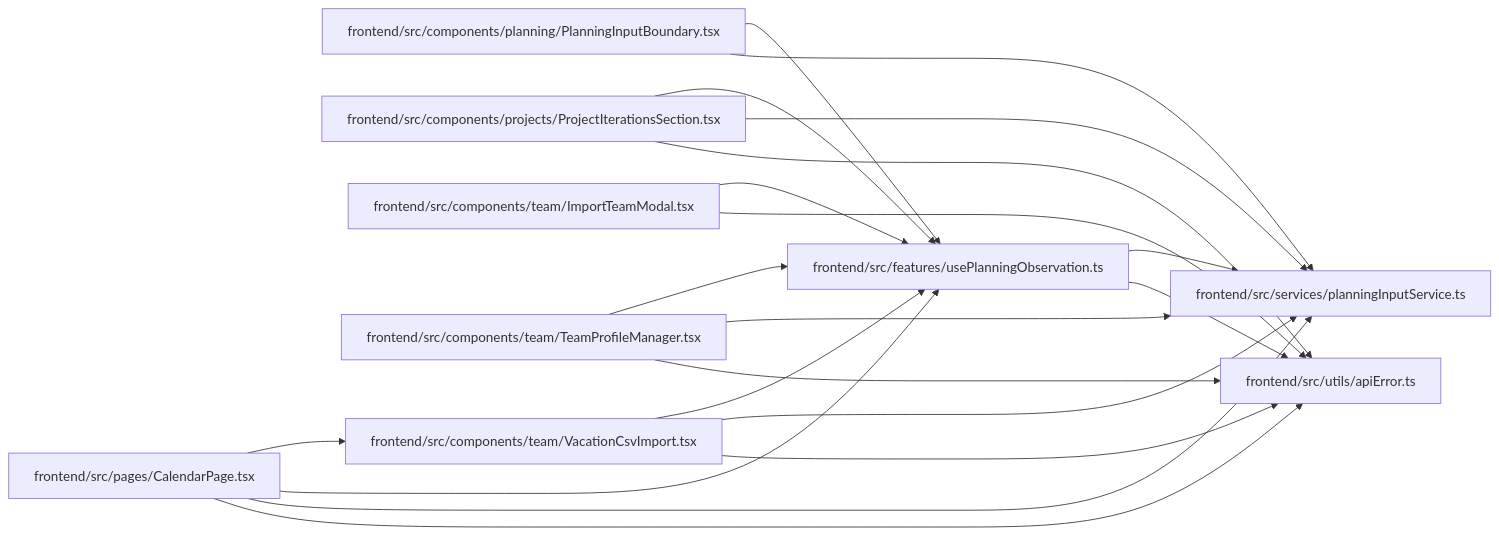
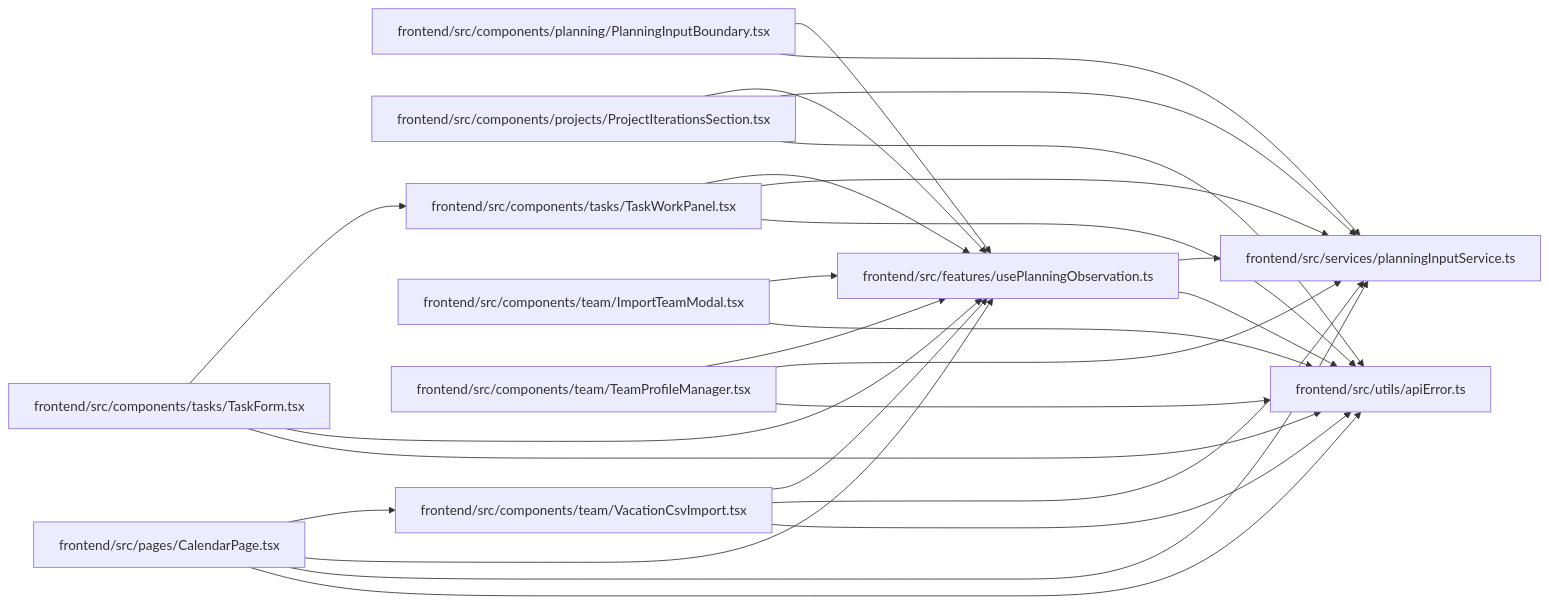
The diagram in docs/llm_wiki/modules/usePlanningObservation.md (Denissvgn/WorkChord), drawn with Mermaid before and after one commit. The commit also changed other lines of this file and 331 other files, not shown here.

````diff
--- a/docs/llm_wiki/modules/usePlanningObservation.md
+++ b/docs/llm_wiki/modules/usePlanningObservation.md
@@ -26,40 +26,50 @@
 ```mermaid
 flowchart LR
     n0["frontend/src/components/planning/PlanningInputBoundary.tsx"]
     n1["frontend/src/components/projects/ProjectIterationsSection.tsx"]
-    n2["frontend/src/components/team/ImportTeamModal.tsx"]
-    n3["frontend/src/components/team/TeamProfileManager.tsx"]
-    n4["frontend/src/components/team/VacationCsvImport.tsx"]
-    n5["frontend/src/features/usePlanningObservation.ts"]
-    n6["frontend/src/pages/CalendarPage.tsx"]
-    n7["frontend/src/services/planningInputService.ts"]
-    n8["frontend/src/utils/apiError.ts"]
-    n0 --> n5
+    n2["frontend/src/components/tasks/TaskForm.tsx"]
+    n3["frontend/src/components/tasks/TaskWorkPanel.tsx"]
+    n4["frontend/src/components/team/ImportTeamModal.tsx"]
+    n5["frontend/src/components/team/TeamProfileManager.tsx"]
+    n6["frontend/src/components/team/VacationCsvImport.tsx"]
+    n7["frontend/src/features/usePlanningObservation.ts"]
+    n8["frontend/src/pages/CalendarPage.tsx"]
+    n9["frontend/src/services/planningInputService.ts"]
+    n10["frontend/src/utils/apiError.ts"]
     n0 --> n7
-    n1 --> n5
+    n0 --> n9
     n1 --> n7
-    n1 --> n8
-    n2 --> n5
-    n2 --> n8
-    n3 --> n5
+    n1 --> n9
+    n1 --> n10
+    n2 --> n3
+    n2 --> n7
+    n2 --> n10
     n3 --> n7
-    n3 --> n8
-    n4 --> n5
+    n3 --> n9
+    n3 --> n10
     n4 --> n7
-    n4 --> n8
+    n4 --> n10
     n5 --> n7
-    n5 --> n8
-    n6 --> n4
-    n6 --> n5
+    n5 --> n9
+    n5 --> n10
     n6 --> n7
-    n6 --> n8
+    n6 --> n9
+    n6 --> n10
+    n7 --> n9
+    n7 --> n10
+    n8 --> n6
+    n8 --> n7
+    n8 --> n9
+    n8 --> n10
     click n0 "../modules/PlanningInputBoundary.md"
     click n1 "../modules/ProjectIterationsSection.md"
-    click n2 "../modules/ImportTeamModal.md"
-    click n3 "../modules/TeamProfileManager.md"
-    click n4 "../modules/VacationCsvImport.md"
-    click n5 "../modules/usePlanningObservation.md"
-    click n6 "../modules/CalendarPage.md"
-    click n7 "../modules/planningInputService.md"
-    click n8 "../modules/apiError.md"
+    click n2 "../modules/TaskForm.md"
+    click n3 "../modules/TaskWorkPanel.md"
+    click n4 "../modules/ImportTeamModal.md"
+    click n5 "../modules/TeamProfileManager.md"
+    click n6 "../modules/VacationCsvImport.md"
+    click n7 "../modules/usePlanningObservation.md"
+    click n8 "../modules/CalendarPage.md"
+    click n9 "../modules/planningInputService.md"
+    click n10 "../modules/apiError.md"
 ```
````
